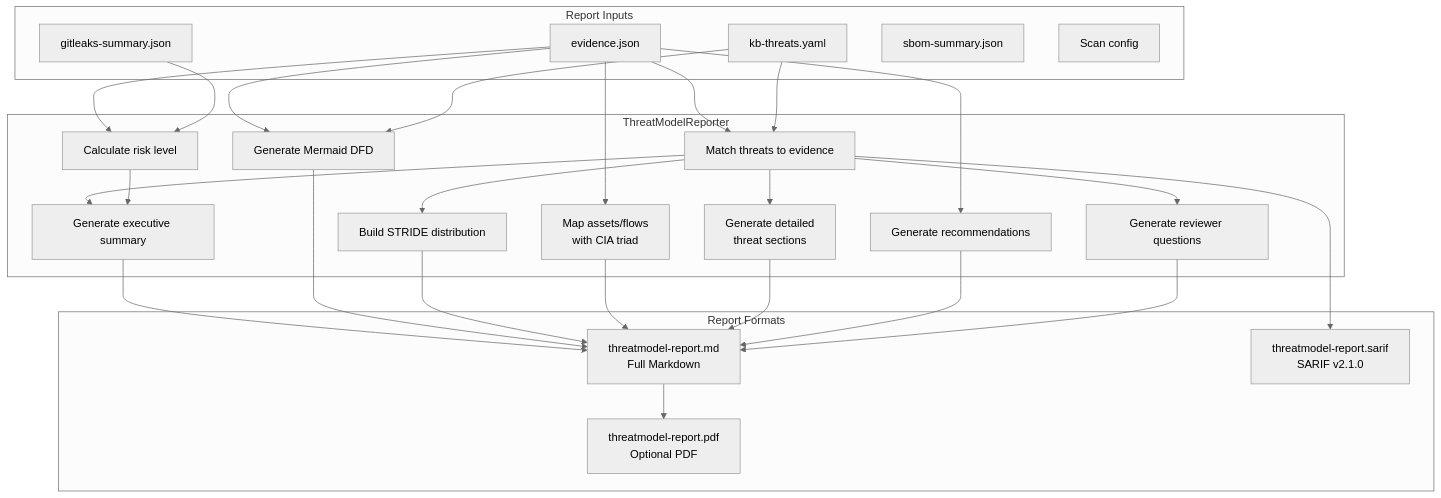
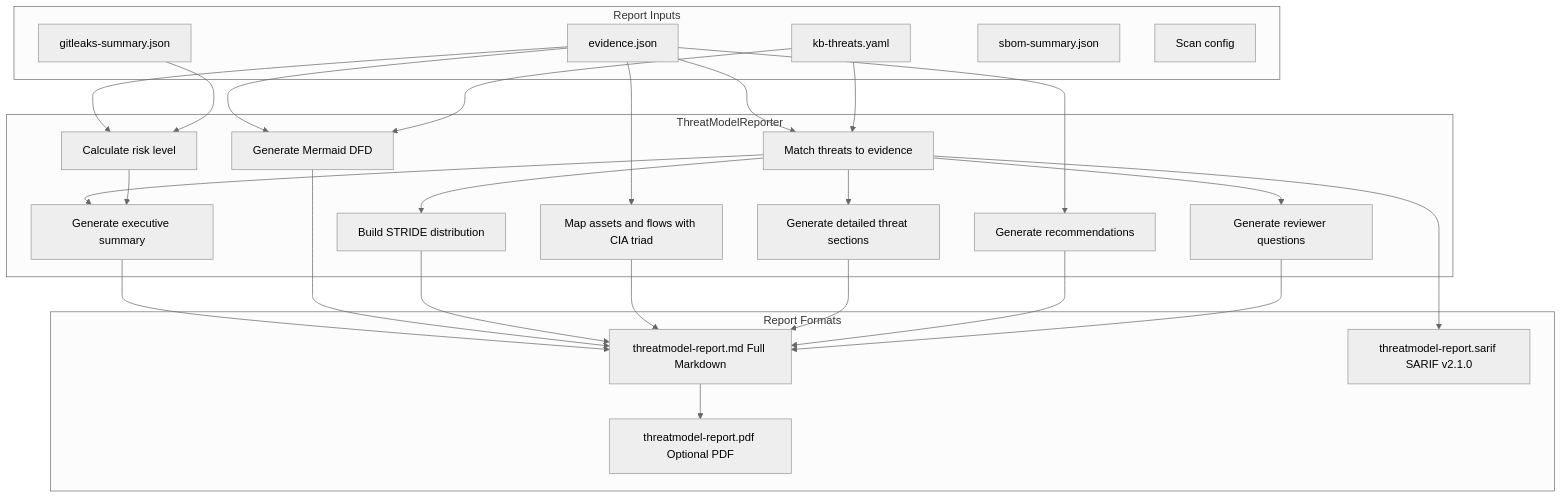
Before and after one commit to yantongggg/TM_o31: the sixth of 14 diagrams in README.md, drawn with Mermaid (neutral theme). The commit also changed other lines of this file, not shown here.

First line of the commit message:
fix: Resolve Mermaid diagram parse errors on GitHub

````diff
--- a/README.md
+++ b/README.md
@@ -353,56 +353,56 @@
 ```mermaid
 flowchart TD
     subgraph Inputs["Report Inputs"]
         Evidence[evidence.json]
         KB[kb-threats.yaml]
         Gitleaks[gitleaks-summary.json]
         SBOM[sbom-summary.json]
         Config[Scan config]
     end
 
     subgraph Report["ThreatModelReporter"]
         Match[Match threats to evidence]
         Exec[Generate executive summary]
         Risk[Calculate risk level]
         DFD[Generate Mermaid DFD]
         STRIDE[Build STRIDE distribution]
-        Assets[Map assets/flows<br/>with CIA triad]
-        Details[Generate detailed<br/>threat sections]
+        Assets[Map assets and flows with CIA triad]
+        Details[Generate detailed threat sections]
         Recs[Generate recommendations]
         Quest[Generate reviewer questions]
     end
 
     subgraph Outputs["Report Formats"]
-        MD[threatmodel-report.md<br/>Full Markdown]
-        SARIF[threatmodel-report.sarif<br/>SARIF v2.1.0]
-        PDF[threatmodel-report.pdf<br/>Optional PDF]
+        MD[threatmodel-report.md Full Markdown]
+        SARIF[threatmodel-report.sarif SARIF v2.1.0]
+        PDF[threatmodel-report.pdf Optional PDF]
     end
 
     Evidence --> Match
     KB --> Match
     Match --> Exec
     Evidence --> Risk
     Gitleaks --> Risk
     Risk --> Exec
 
     Evidence --> DFD
     KB --> DFD
 
     Match --> STRIDE
     Evidence --> Assets
     Match --> Details
     Evidence --> Recs
     Match --> Quest
 
     Exec --> MD
     DFD --> MD
     STRIDE --> MD
     Assets --> MD
     Details --> MD
     Recs --> MD
     Quest --> MD
 
     Match --> SARIF
 
     MD --> PDF
 ```
````
